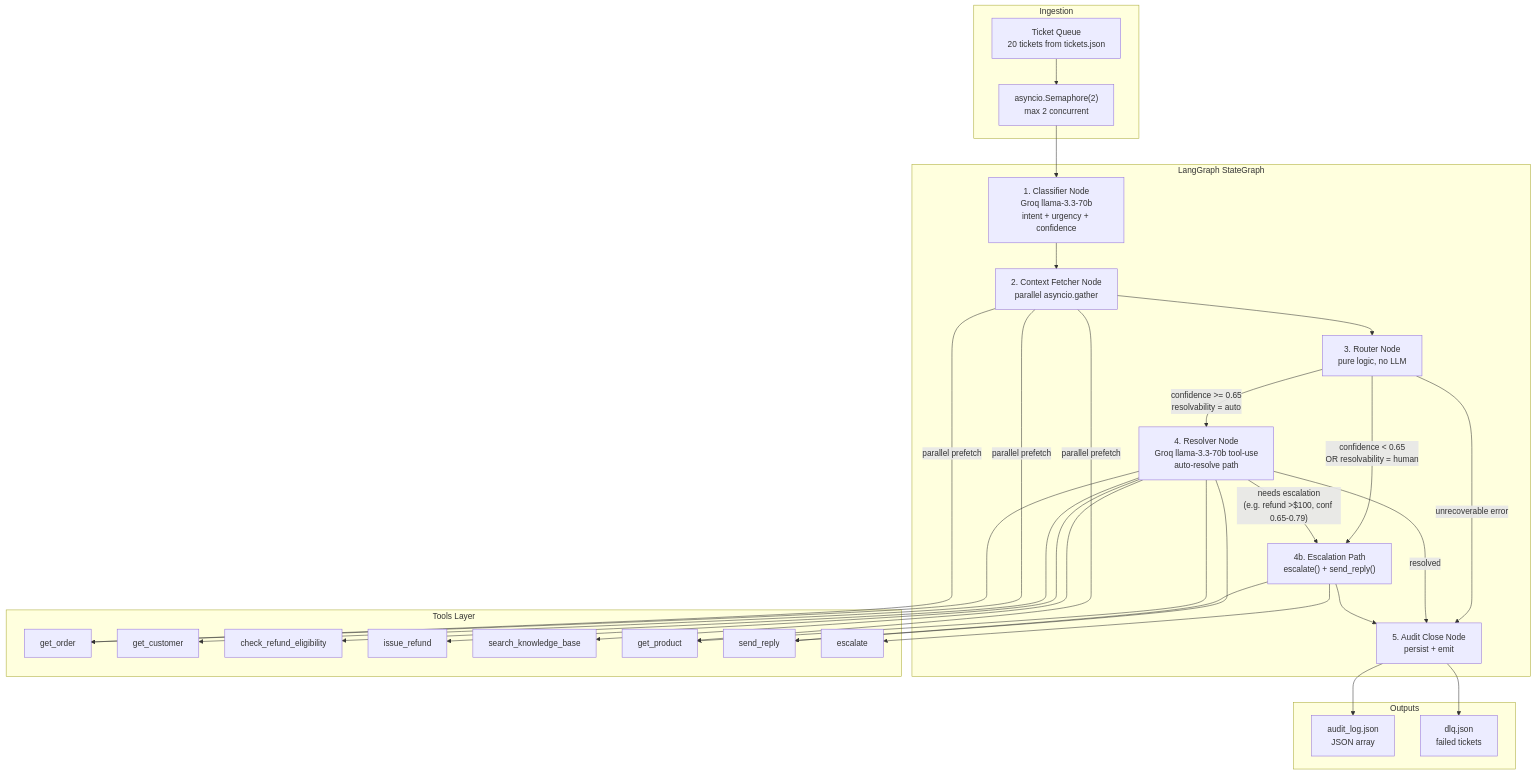
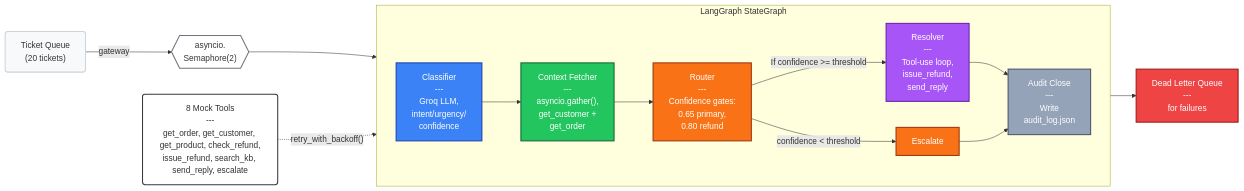
One commit to saikiranpulagalla/hackathon2026-saikiranpulagalla changed the first of 4 diagrams in README.md. Above: the diagram before and after it, drawn with Mermaid.

Commit message:
Update Mermaid architecture diagram in README to perfectly match the visual layout

````diff
--- a/README.md
+++ b/README.md
@@ -13,57 +13,45 @@
 ```mermaid
-graph TD
-    subgraph Ingestion
-        TQ["Ticket Queue<br/>20 tickets from tickets.json"]
-        SEM["asyncio.Semaphore(2)<br/>max 2 concurrent"]
+graph LR
+    %% Custom Styles
+    classDef queue fill:#f8f9fa,stroke:#ced4da,stroke-width:2px,rx:5px,ry:5px;
+    classDef filter fill:#ffffff,stroke:#6c757d,stroke-width:2px;
+    classDef blueBox fill:#3b82f6,stroke:#1e40af,stroke-width:2px,color:#ffffff;
+    classDef greenBox fill:#22c55e,stroke:#166534,stroke-width:2px,color:#ffffff;
+    classDef orangeBox fill:#f97316,stroke:#9a3412,stroke-width:2px,color:#ffffff;
+    classDef purpleBox fill:#a855f7,stroke:#6b21a8,stroke-width:2px,color:#ffffff;
+    classDef grayBox fill:#94a3b8,stroke:#475569,stroke-width:2px,color:#ffffff;
+    classDef redBox fill:#ef4444,stroke:#991b1b,stroke-width:2px,color:#ffffff;
+    classDef toolBox fill:#ffffff,stroke:#343a40,stroke-width:2px,rx:5px,ry:5px;
+
+    %% Entry and Exit Points
+    TQ["Ticket Queue<br>(20 tickets)"]:::queue
+    SEM{{"asyncio.<br>Semaphore(2)"}}:::filter
+    DLQ["Dead Letter Queue<br>---<br>for failures"]:::redBox
+
+    %% Core StateGraph
+    subgraph LangGraph StateGraph
+        direction LR
+        CL["Classifier<br>---<br>Groq LLM,<br>intent/urgency/<br>confidence"]:::blueBox
+        CF["Context Fetcher<br>---<br>asyncio.gather(),<br>get_customer +<br>get_order"]:::greenBox
+        RT["Router<br>---<br>Confidence gates:<br>0.65 primary,<br>0.80 refund"]:::orangeBox
+        RS["Resolver<br>---<br>Tool-use loop,<br>issue_refund,<br>send_reply"]:::purpleBox
+        ESC["Escalate"]:::orangeBox
+        AC["Audit Close<br>---<br>Write<br>audit_log.json"]:::grayBox
+
+        CL --> CF
+        CF --> RT
+        RT -- "If confidence >= threshold" --> RS
+        RT -- "confidence < threshold" --> ESC
+        RS --> AC
+        ESC --> AC
     end
 
-    subgraph LangGraph StateGraph
-        CL["1. Classifier Node<br/>Groq llama-3.3-70b<br/>intent + urgency + confidence"]
-        CF["2. Context Fetcher Node<br/>parallel asyncio.gather"]
-        RT["3. Router Node<br/>pure logic, no LLM"]
-        RS["4. Resolver Node<br/>Groq llama-3.3-70b tool-use<br/>auto-resolve path"]
-        ESC["4b. Escalation Path<br/>escalate() + send_reply()"]
-        AC["5. Audit Close Node<br/>persist + emit"]
-    end
+    %% Tools Layer
+    TOOLS["8 Mock Tools<br>---<br>get_order, get_customer, get_product, check_refund,<br>issue_refund, search_kb, send_reply, escalate"]:::toolBox
 
-    subgraph Tools Layer
-        GT[get_order]
-        GC[get_customer]
-        CR[check_refund_eligibility]
-        IR[issue_refund]
-        SK[search_knowledge_base]
-        GP[get_product]
-        SR[send_reply]
-        ES[escalate]
-    end
-
-    subgraph Outputs
-        AL["audit_log.json<br/>JSON array"]
-        DLQ["dlq.json<br/>failed tickets"]
-    end
-
-    TQ --> SEM
+    %% Connections
+    TQ -- "gateway" --> SEM
     SEM --> CL
-    CL --> CF
-    CF --> RT
-    RT -->|"confidence >= 0.65<br/>resolvability = auto"| RS
-    RT -->|"confidence < 0.65<br/>OR resolvability = human"| ESC
-    RT -->|"unrecoverable error"| AC
-    RS -->|"resolved"| AC
-    RS -->|"needs escalation<br/>(e.g. refund >$100, conf 0.65-0.79)"| ESC
-    ESC --> AC
-    AC --> AL
     AC --> DLQ
-
-    RS --> GT
-    RS --> CR
-    RS --> IR
-    RS --> SK
-    RS --> GP
-    RS --> SR
-    ESC --> ES
-    ESC --> SR
-    CF -->|"parallel prefetch"| GT
-    CF -->|"parallel prefetch"| GC
-    CF -->|"parallel prefetch"| GP
+    TOOLS -. "retry_with_backoff()" .-> RS
 ```
````
